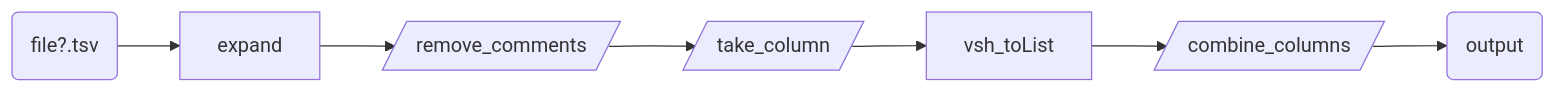
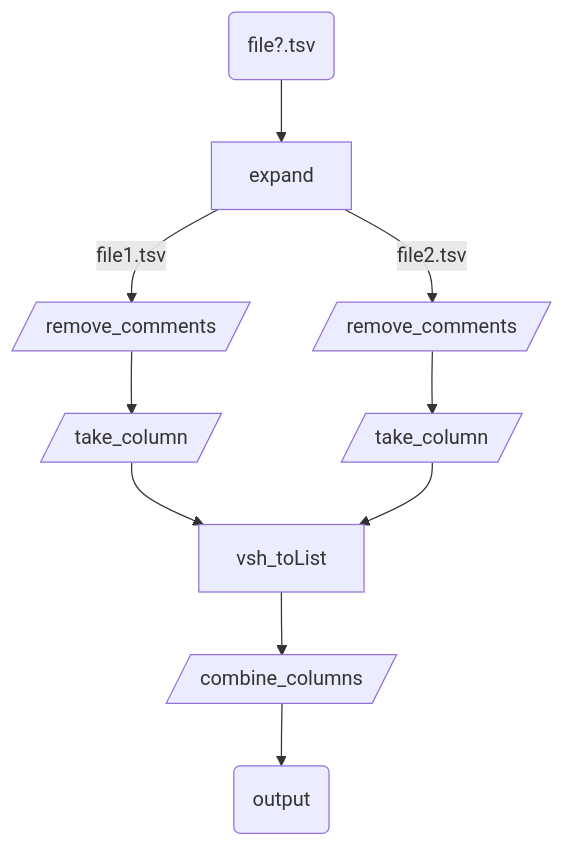
The diagram in guide/nextflow_vdsl3/create-a-pipeline.qmd (viash-io/website), drawn with Mermaid before and after one commit. The commit also changed other lines of this file and 1 other file, not shown here.

````diff
--- a/guide/nextflow_vdsl3/create-a-pipeline.qmd
+++ b/guide/nextflow_vdsl3/create-a-pipeline.qmd
@@ -29,7 +27,8 @@
 ```{mermaid}
-graph LR
-   A(file?.tsv) --> X[expand] --> B[/remove_comments/]
-   B --> C[/take_column/]
-   C --> Y[vsh_toList] --> D[/combine_columns/]
+graph TD
+   A(file?.tsv) --> X[expand] 
+   X --file1.tsv--> B1[/remove_comments/] --> C1[/take_column/] --> Y
+   X --file2.tsv--> B2[/remove_comments/] --> C2[/take_column/] --> Y
+   Y[vsh_toList] --> D[/combine_columns/]
    D --> E(output)
 ```
````
